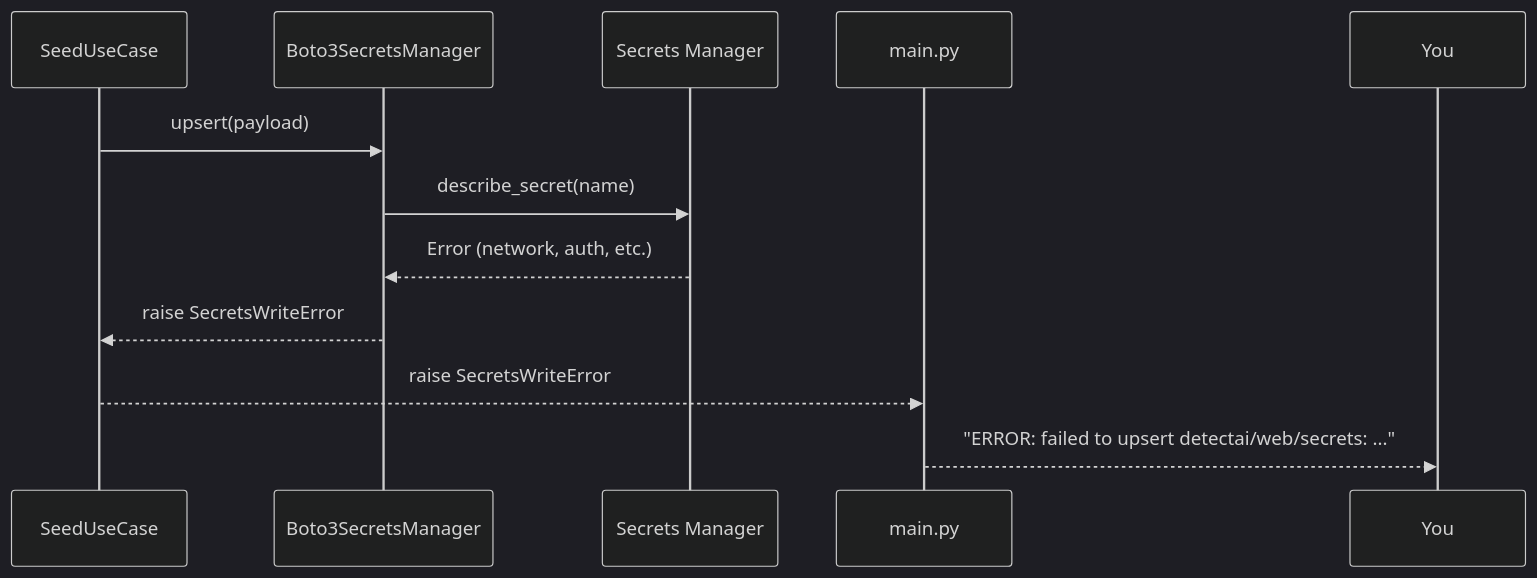
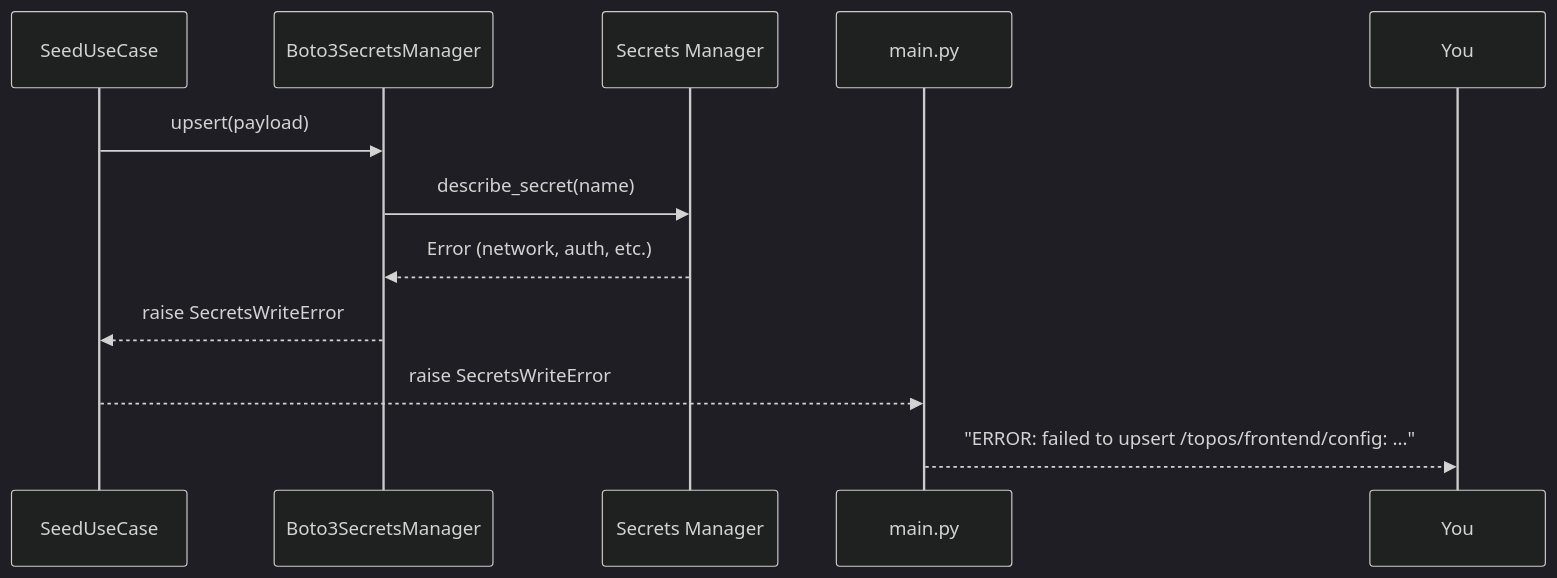
One commit to kunalPisolkar24/topos changed the sixth of 8 diagrams in tools/seed-secrets/docs/concepts/seeding-flow.md. Above: the diagram before and after it, drawn with Mermaid (dark theme). The commit also changed other lines of this file and 20 other files, not shown here.

Commit message:
Remove DetectAI remnants from seed-secrets, keep Topos frontend only

````diff
--- a/tools/seed-secrets/docs/concepts/seeding-flow.md
+++ b/tools/seed-secrets/docs/concepts/seeding-flow.md
@@ -181,14 +181,14 @@
 ```mermaid
 sequenceDiagram
     participant UseCase as SeedUseCase
     participant Store as Boto3SecretsManager
     participant AWS as Secrets Manager
 
     UseCase->>Store: upsert(payload)
     Store->>AWS: describe_secret(name)
     AWS-->>Store: Error (network, auth, etc.)
     Store-->>UseCase: raise SecretsWriteError
 
     UseCase-->>main.py: raise SecretsWriteError
-    main.py-->>You: "ERROR: failed to upsert detectai/web/secrets: ..."
+    main.py-->>You: "ERROR: failed to upsert /topos/frontend/config: ..."
 ```
````
